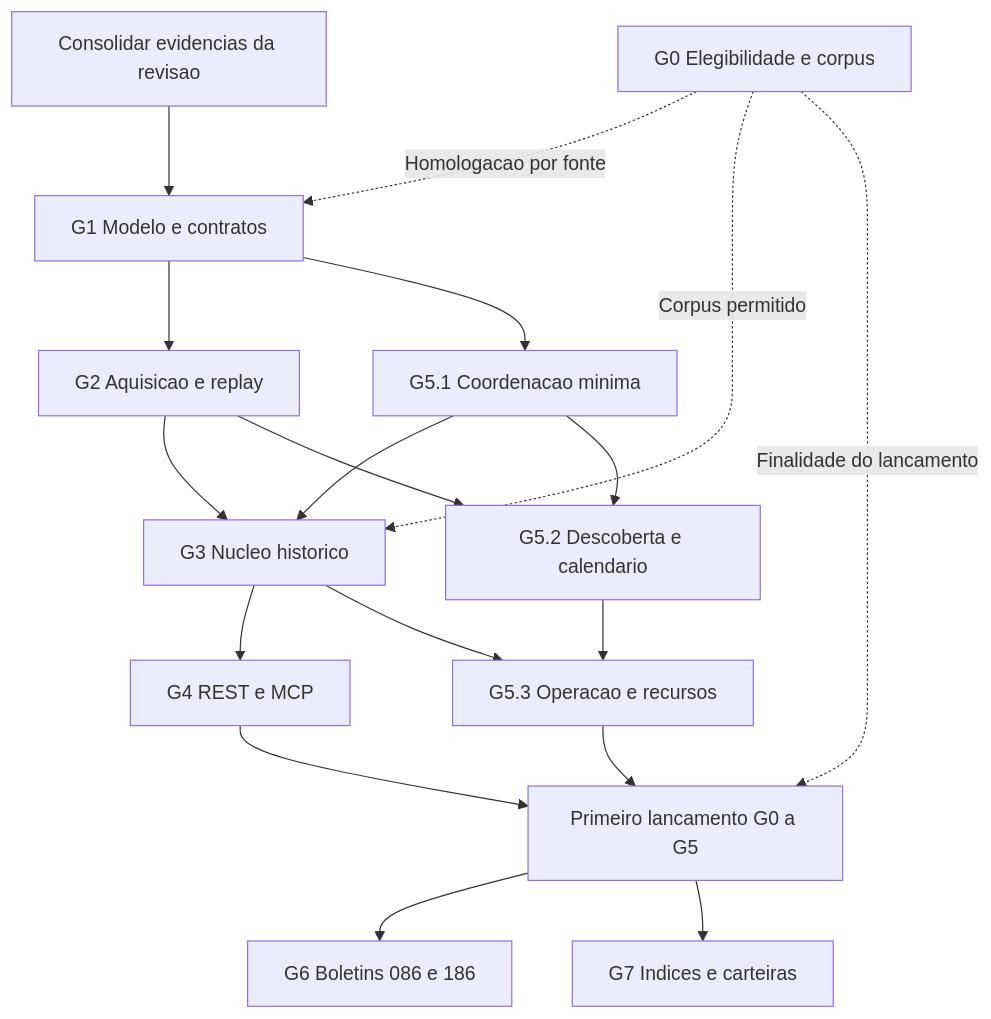
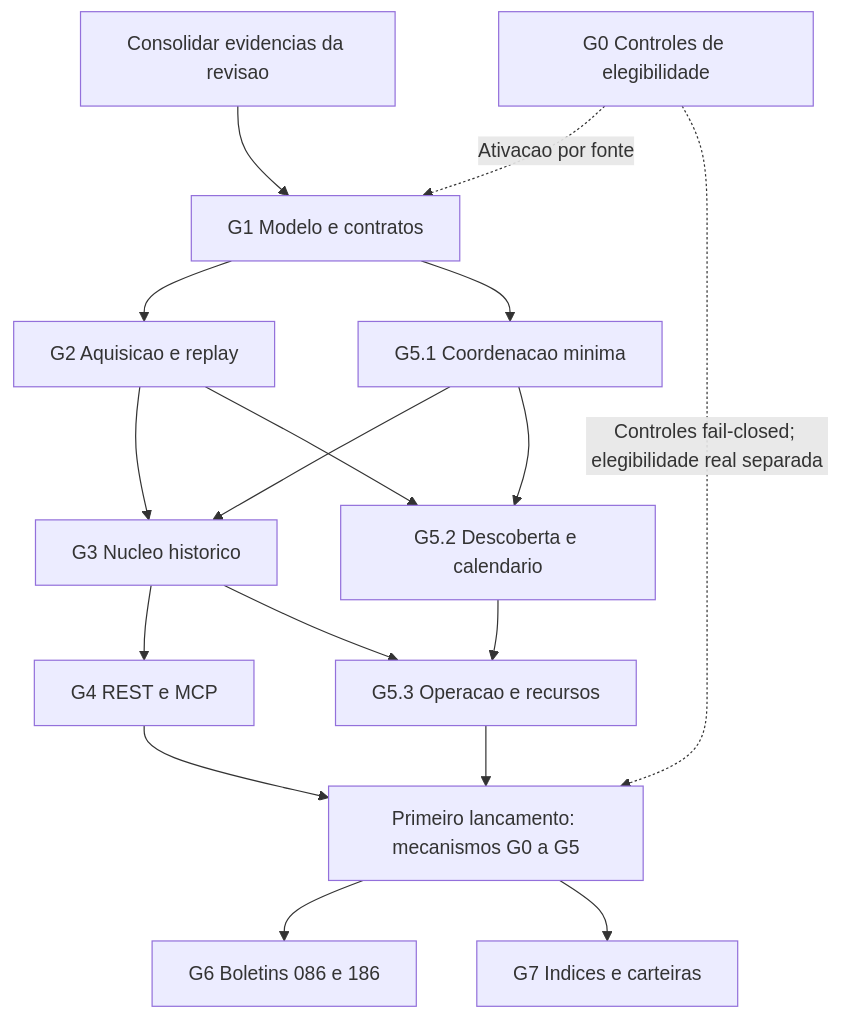
Before and after one commit to JoseLArantes/tucano-b3: the diagram in docs/prd_dev_milestones.md, drawn with Mermaid. The commit also changed other lines of this file and 40 other files, not shown here.

````diff
--- a/docs/prd_dev_milestones.md
+++ b/docs/prd_dev_milestones.md
@@ -72,20 +72,19 @@
 ```mermaid
 flowchart TD
     E0[Consolidar evidencias da revisao] --> G1[G1 Modelo e contratos]
-    G0[G0 Elegibilidade e corpus] -. Homologacao por fonte .-> G1
+    G0[G0 Controles de elegibilidade] -. Ativacao por fonte .-> G1
     G1 --> G2[G2 Aquisicao e replay]
     G1 --> G51[G5.1 Coordenacao minima]
     G2 --> G3[G3 Nucleo historico]
     G51 --> G3
-    G0 -. Corpus permitido .-> G3
     G3 --> G4[G4 REST e MCP]
     G51 --> G52[G5.2 Descoberta e calendario]
     G2 --> G52
     G3 --> G53[G5.3 Operacao e recursos]
     G52 --> G53
-    G4 --> L1[Primeiro lancamento G0 a G5]
+    G4 --> L1[Primeiro lancamento: mecanismos G0 a G5]
     G53 --> L1
-    G0 -. Finalidade do lancamento .-> L1
+    G0 -. Controles fail-closed; elegibilidade real separada .-> L1
     L1 --> G6[G6 Boletins 086 e 186]
     L1 --> G7[G7 Indices e carteiras]
 ```
````
